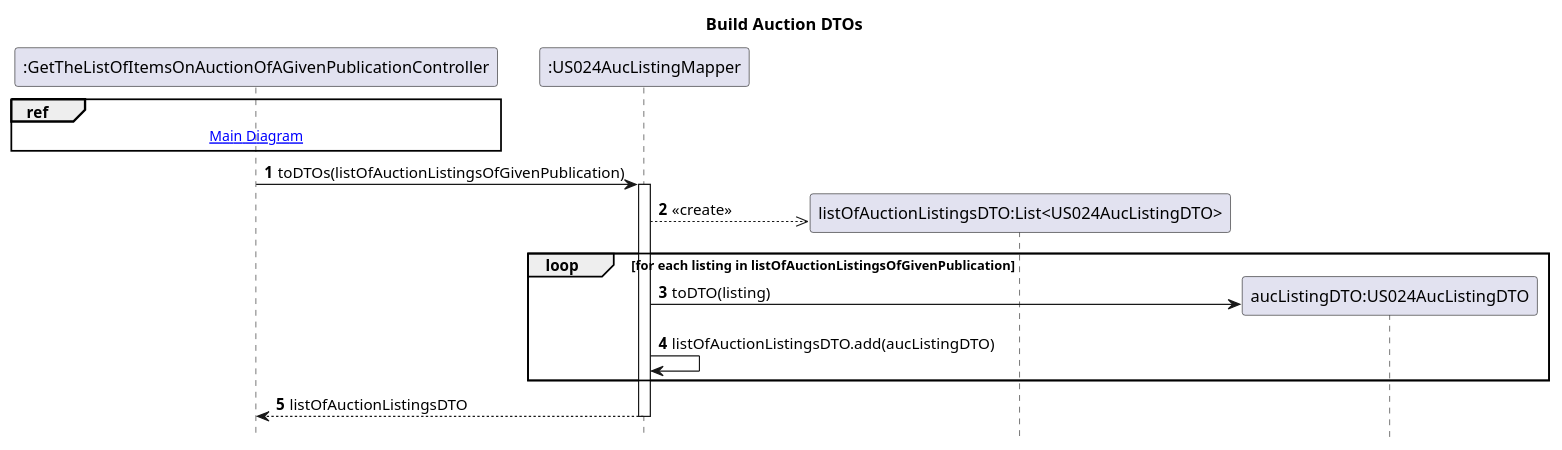
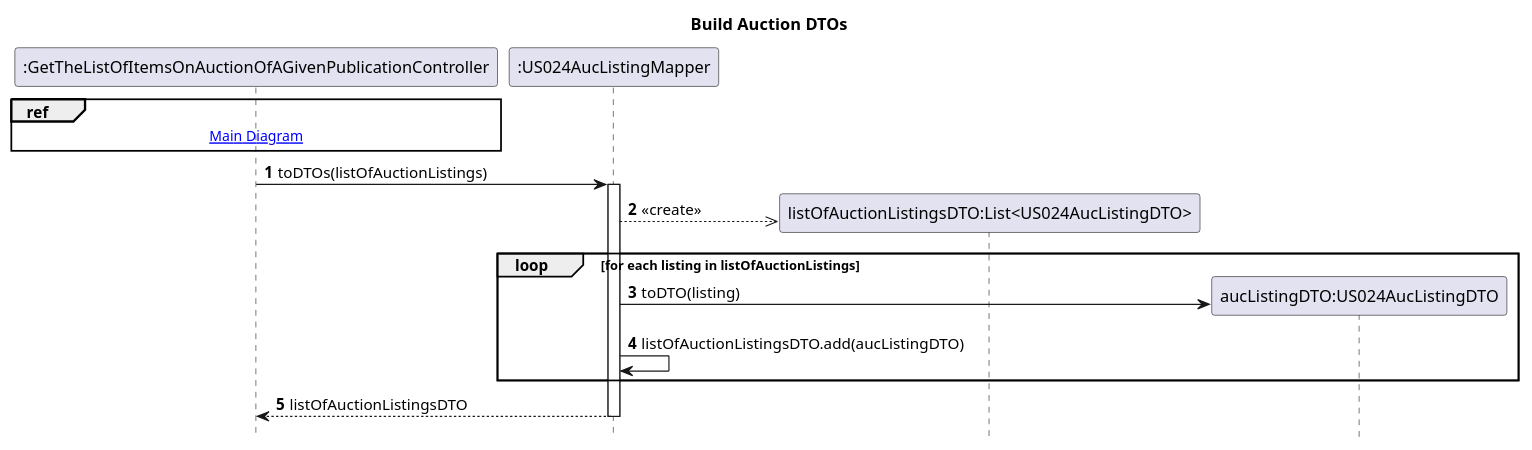
The diagram in Diagrams/SequenceDiagrams/N2/To-Get-List-Of-Items-Auction-Of-Given-Publication/4. BuildAuctionDTOs.puml (AndrePereiraGitH/SWitCH-Project-Team_A), drawn with PlantUML before and after one commit. The commit also changed 6 other files, not shown here.

Commit message:
refactor #699: update SD and CD for auction listing by publication functionality

```diff
--- a/Diagrams/SequenceDiagrams/N2/To-Get-List-Of-Items-Auction-Of-Given-Publication/4. BuildAuctionDTOs.puml
+++ b/Diagrams/SequenceDiagrams/N2/To-Get-List-Of-Items-Auction-Of-Given-Publication/4. BuildAuctionDTOs.puml
@@ -1,28 +1,28 @@
 @startuml
 hide footbox
 autonumber
 title Build Auction DTOs
 
 participant ":GetTheListOfItemsOnAuctionOfAGivenPublicationController" as Ctrl
 participant ":US024AucListingMapper" as mapper
 participant "listOfAuctionListingsDTO:List<US024AucListingDTO>" as listOfAucListingDTO
 participant "aucListingDTO:US024AucListingDTO" as auctionListingDTO
 
 ref over Ctrl
   [[1.MainDiagram.puml Main Diagram]]
 end ref
 
-Ctrl -> mapper: toDTOs(listOfAuctionListingsOfGivenPublication)
+Ctrl -> mapper: toDTOs(listOfAuctionListings)
 activate mapper
 
 mapper -->> listOfAucListingDTO **: <<create>>
 
-loop for each listing in listOfAuctionListingsOfGivenPublication
+loop for each listing in listOfAuctionListings
     mapper -> auctionListingDTO **: toDTO(listing)
     mapper -> mapper: listOfAuctionListingsDTO.add(aucListingDTO)
 end
 
 mapper --> Ctrl: listOfAuctionListingsDTO
 deactivate mapper
 
 @enduml
```
